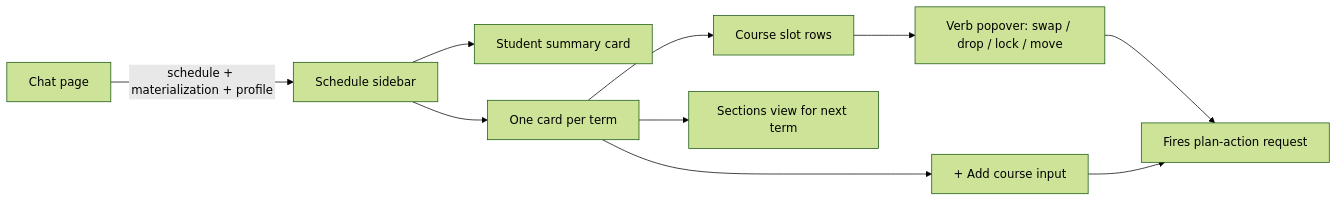
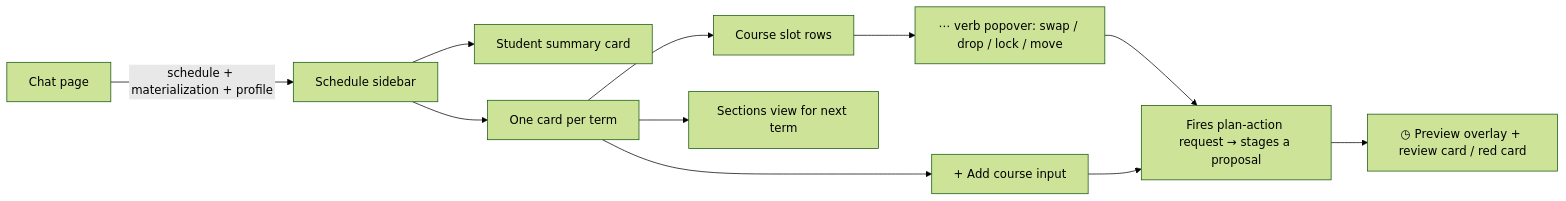
One commit to EdoardoMongardi/NYU_Path changed the first of 2 diagrams in Docs/current-system/web/ui-components.md. Above: the diagram before and after it, drawn with Mermaid (forest theme). The commit also changed other lines of this file and 3 other files, not shown here.

First line of the commit message:
docs(current-system): sync edit-model + ui-components docs to Phase-4 E3 (preview/review card, drag removed)

````diff
--- a/Docs/current-system/web/ui-components.md
+++ b/Docs/current-system/web/ui-components.md
@@ -9,12 +9,13 @@
 ```mermaid
 flowchart LR
     Page[Chat page] -->|schedule + materialization + profile| Sidebar[Schedule sidebar]
     Sidebar --> Summary[Student summary card]
     Sidebar --> Terms[One card per term]
     Terms --> Slots[Course slot rows]
     Terms --> Sections[Sections view for next term]
-    Slots --> Popover[Verb popover: swap / drop / lock / move]
+    Slots --> Popover[⋯ verb popover: swap / drop / lock / move]
     Terms --> AddCourse[+ Add course input]
-    Popover --> Action[Fires plan-action request]
+    Popover --> Action[Fires plan-action request → stages a proposal]
     AddCourse --> Action
+    Action --> Preview[◷ Preview overlay + review card / red card]
 ```
````
